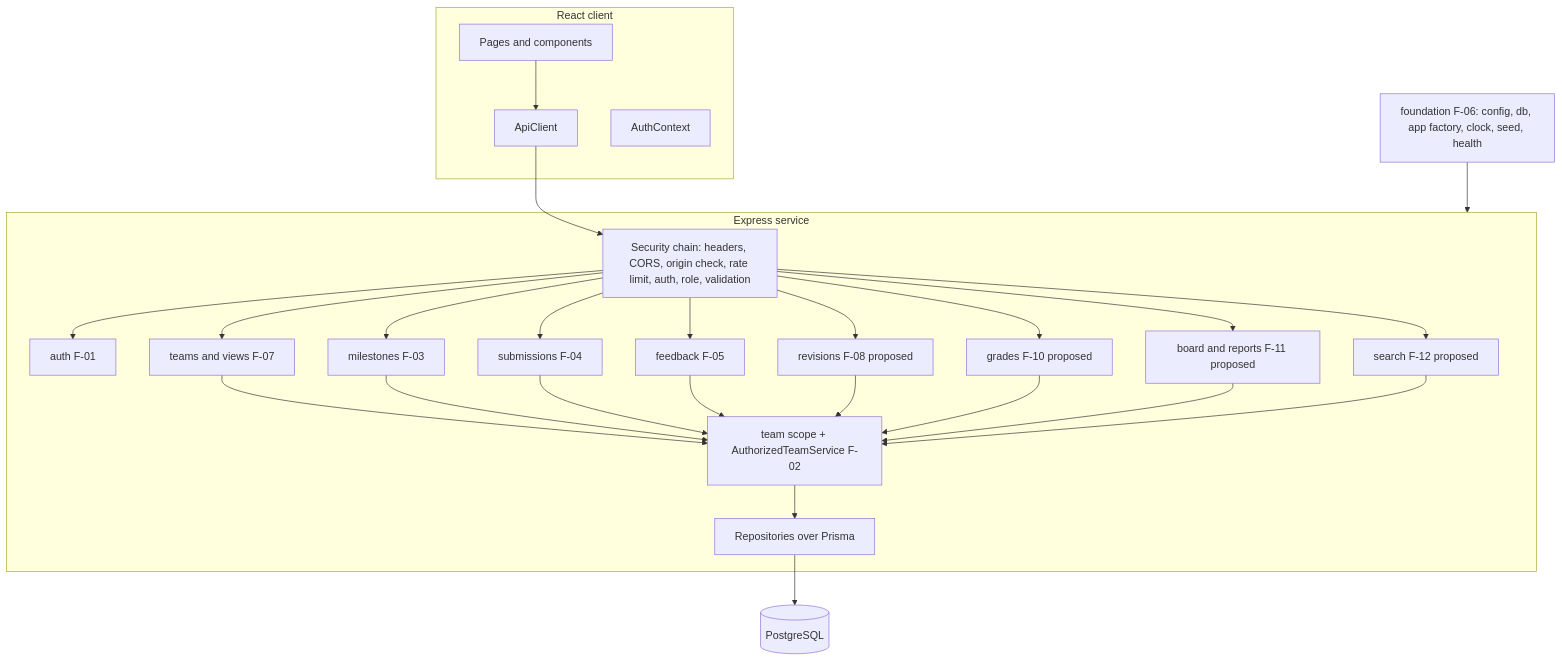
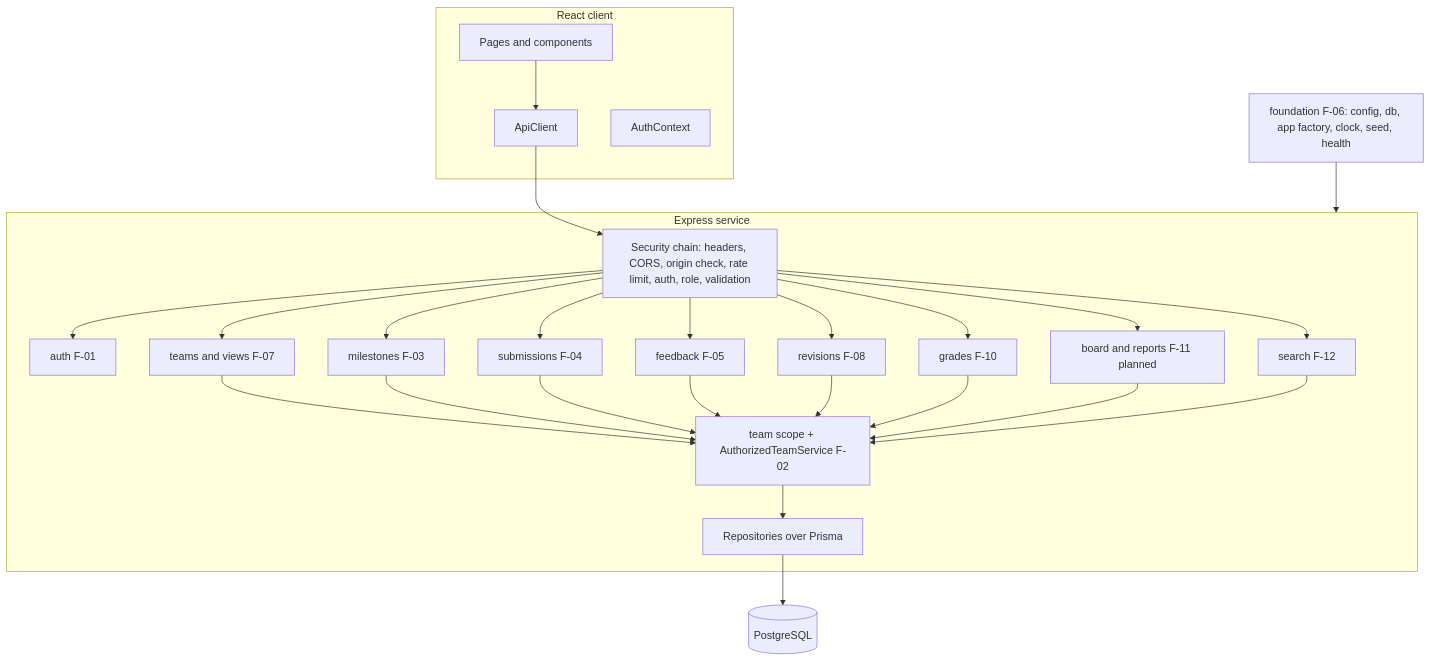
One commit to N0M3KM/CPMS changed the diagram in docs/architecture.md. Above: the diagram before and after it, drawn with Mermaid. The commit also changed other lines of this file and 19 other files, not shown here.

````diff
--- a/docs/architecture.md
+++ b/docs/architecture.md
@@ -26,24 +27,24 @@
 ```mermaid
 flowchart TB
   subgraph Client[React client]
     Pages[Pages and components] --> Api[ApiClient]
     Auth[AuthContext]
   end
   Api --> Edge
   subgraph Server[Express service]
     Edge[Security chain: headers, CORS, origin check, rate limit, auth, role, validation]
     Edge --> M1[auth F-01]
     Edge --> M2[teams and views F-07]
     Edge --> M3[milestones F-03]
     Edge --> M4[submissions F-04]
     Edge --> M5[feedback F-05]
-    Edge --> M6[revisions F-08 proposed]
-    Edge --> M7[grades F-10 proposed]
-    Edge --> M8[board and reports F-11 proposed]
-    Edge --> M9[search F-12 proposed]
+    Edge --> M6[revisions F-08]
+    Edge --> M7[grades F-10]
+    Edge --> M8[board and reports F-11 planned]
+    Edge --> M9[search F-12]
     M2 & M3 & M4 & M5 & M6 & M7 & M8 & M9 --> Scope[team scope + AuthorizedTeamService F-02]
     Scope --> Repo[Repositories over Prisma]
   end
   Repo --> DB[(PostgreSQL)]
   Found[foundation F-06: config, db, app factory, clock, seed, health] --> Server
 ```
````
